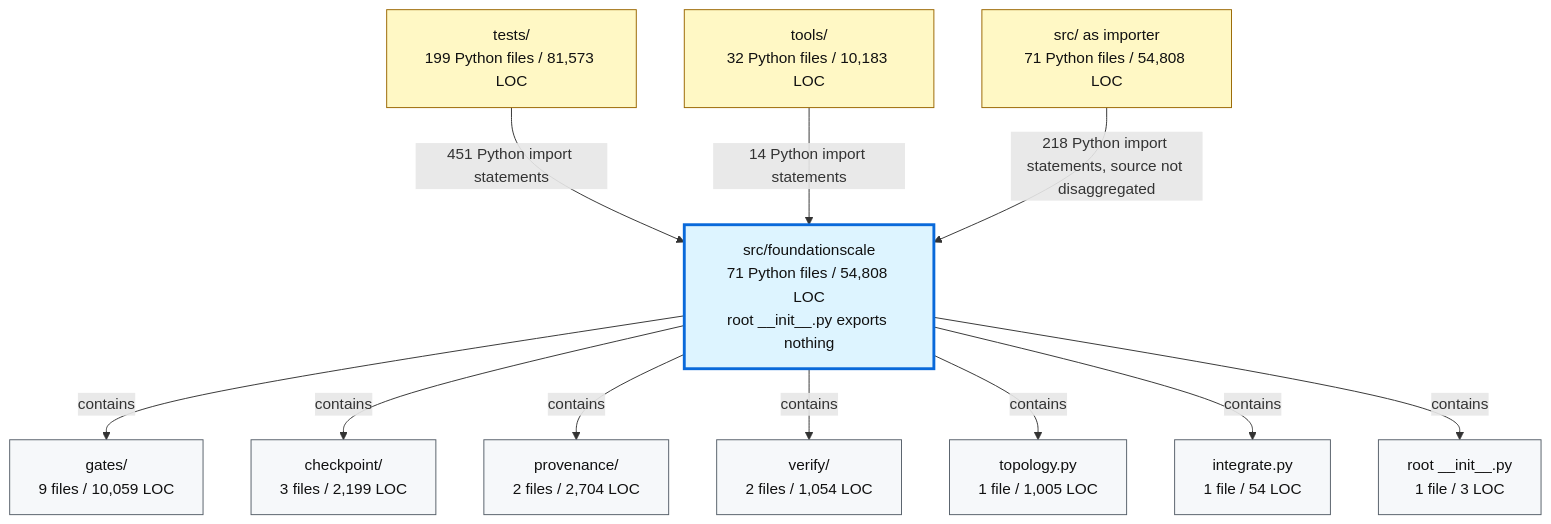
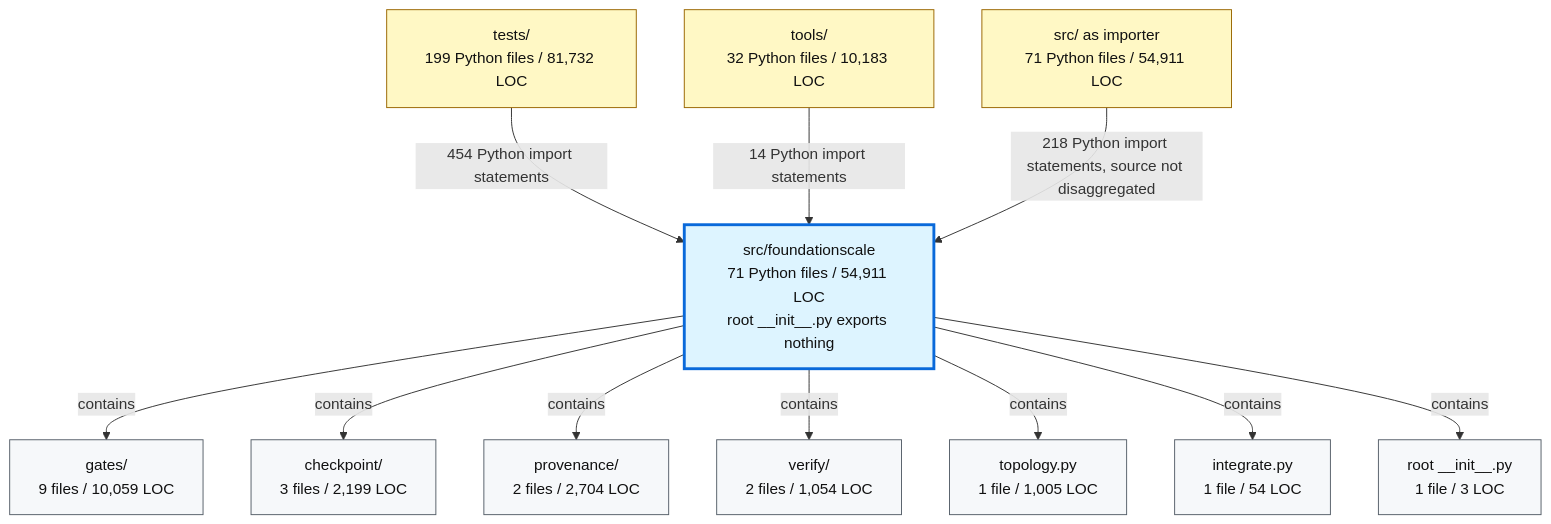
The second of 2 diagrams in docs/review/D2_current_architecture.md (TranNhiem/FoundationScale), drawn with Mermaid before and after one commit. The commit also changed other lines of this file and 10 other files, not shown here.

````diff
--- a/docs/review/D2_current_architecture.md
+++ b/docs/review/D2_current_architecture.md
@@ -97,36 +97,36 @@
 ```mermaid
 flowchart TB
-  TESTS["tests/<br/>199 Python files / 81,573 LOC"]
+  TESTS["tests/<br/>199 Python files / 81,732 LOC"]
   TOOLS["tools/<br/>32 Python files / 10,183 LOC"]
-  SRC["src/ as importer<br/>71 Python files / 54,808 LOC"]
+  SRC["src/ as importer<br/>71 Python files / 54,911 LOC"]
 
-  FS["src/foundationscale<br/>71 Python files / 54,808 LOC<br/>root __init__.py exports nothing"]
+  FS["src/foundationscale<br/>71 Python files / 54,911 LOC<br/>root __init__.py exports nothing"]
 
   GATES["gates/<br/>9 files / 10,059 LOC"]
   CKPT["checkpoint/<br/>3 files / 2,199 LOC"]
   PROV["provenance/<br/>2 files / 2,704 LOC"]
   VERIFY["verify/<br/>2 files / 1,054 LOC"]
   TOPO["topology.py<br/>1 file / 1,005 LOC"]
   INTEG["integrate.py<br/>1 file / 54 LOC"]
   ROOT["root __init__.py<br/>1 file / 3 LOC"]
 
-  TESTS -->|"451 Python import statements"| FS
+  TESTS -->|"454 Python import statements"| FS
   TOOLS -->|"14 Python import statements"| FS
   SRC -->|"218 Python import statements, source not disaggregated"| FS
 
   FS -->|"contains"| GATES
   FS -->|"contains"| CKPT
   FS -->|"contains"| PROV
   FS -->|"contains"| VERIFY
   FS -->|"contains"| TOPO
   FS -->|"contains"| INTEG
   FS -->|"contains"| ROOT
 
   classDef consumer fill:#fff8c5,stroke:#9a6700,color:#111;
   classDef package fill:#ddf4ff,stroke:#0969da,stroke-width:3px,color:#111;
   classDef module fill:#f6f8fa,stroke:#57606a,color:#111;
 
   class TESTS,TOOLS,SRC consumer;
   class FS package;
   class GATES,CKPT,PROV,VERIFY,TOPO,INTEG,ROOT module;
 ```
````
